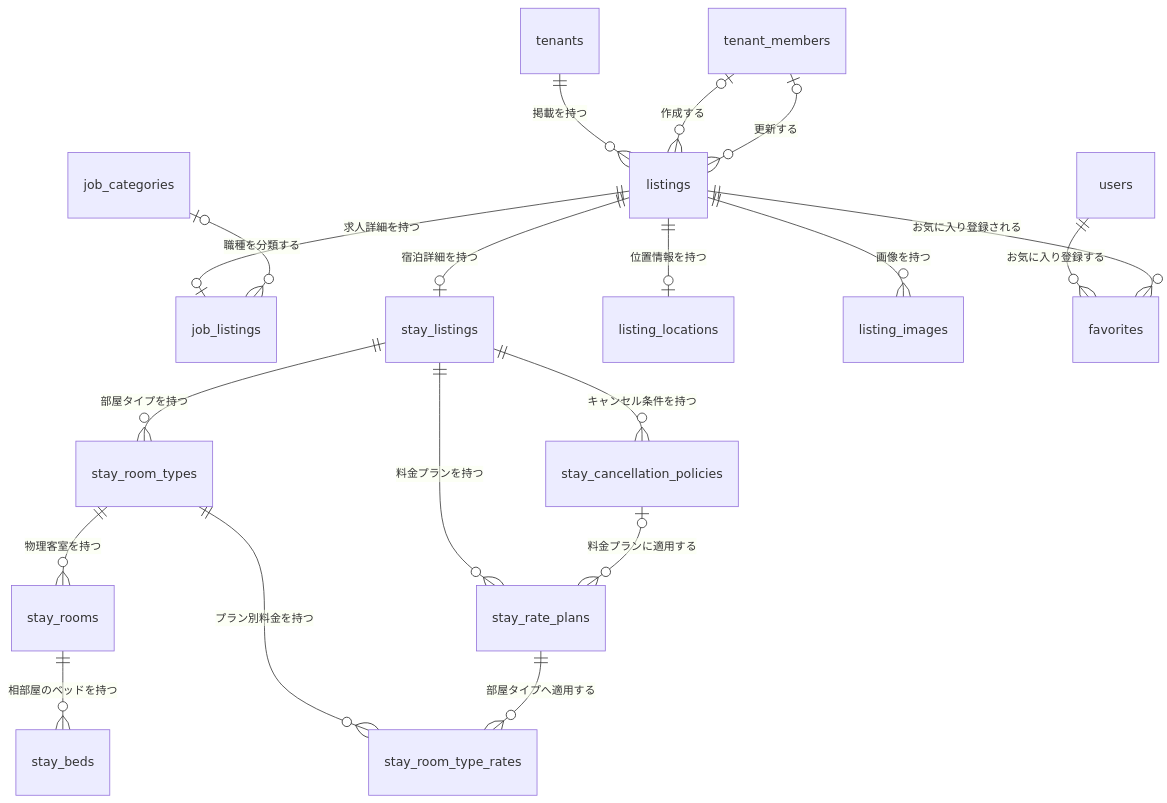
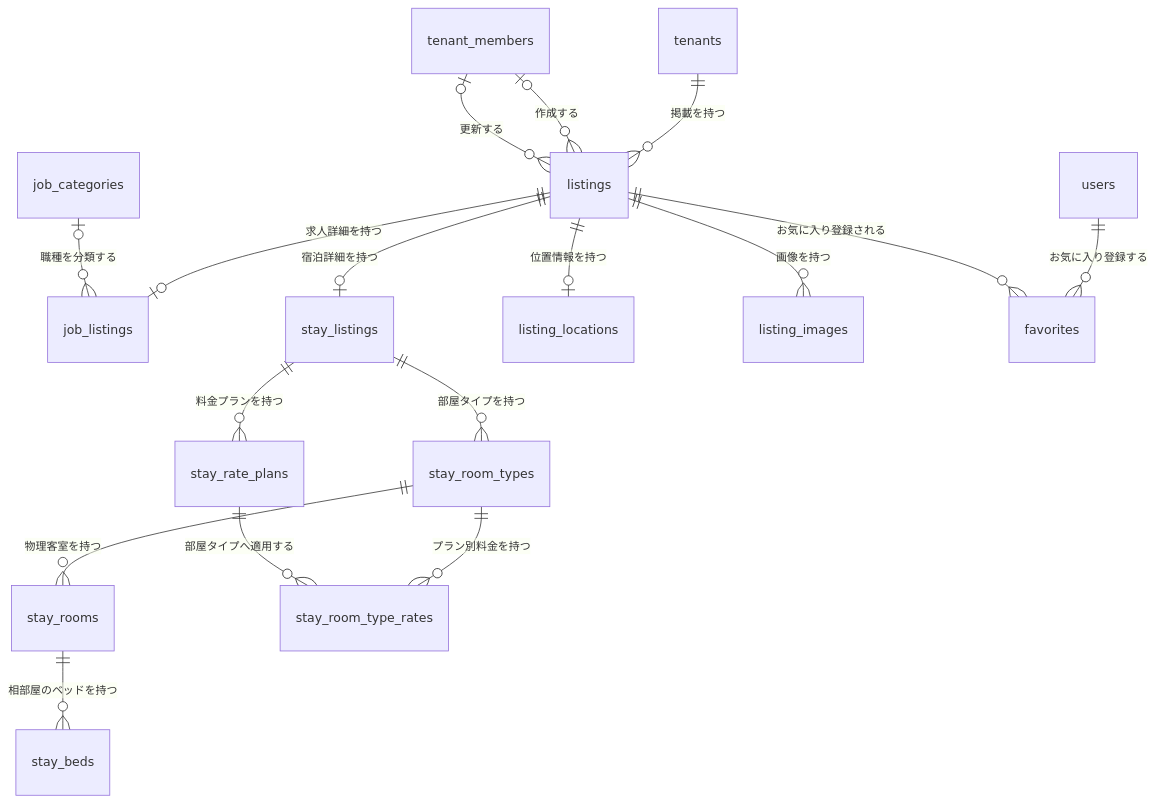
One commit to t0kio2/community-hub changed the first of 5 diagrams in docs/er/01-listing.md. Above: the diagram before and after it, drawn with Mermaid. The commit also changed 8 other files, not shown here.

````diff
--- a/docs/er/01-listing.md
+++ b/docs/er/01-listing.md
@@ -13,21 +13,19 @@
 ```mermaid
 erDiagram
     tenants ||--o{ listings : "掲載を持つ"
     tenant_members o|--o{ listings : "作成する"
     tenant_members o|--o{ listings : "更新する"
     listings ||--o| job_listings : "求人詳細を持つ"
     job_categories o|--o{ job_listings : "職種を分類する"
     listings ||--o| stay_listings : "宿泊詳細を持つ"
     stay_listings ||--o{ stay_room_types : "部屋タイプを持つ"
     stay_room_types ||--o{ stay_rooms : "物理客室を持つ"
     stay_rooms ||--o{ stay_beds : "相部屋のベッドを持つ"
     stay_listings ||--o{ stay_rate_plans : "料金プランを持つ"
-    stay_listings ||--o{ stay_cancellation_policies : "キャンセル条件を持つ"
-    stay_cancellation_policies o|--o{ stay_rate_plans : "料金プランに適用する"
     stay_room_types ||--o{ stay_room_type_rates : "プラン別料金を持つ"
     stay_rate_plans ||--o{ stay_room_type_rates : "部屋タイプへ適用する"
     listings ||--o| listing_locations : "位置情報を持つ"
     listings ||--o{ listing_images : "画像を持つ"
     users ||--o{ favorites : "お気に入り登録する"
     listings ||--o{ favorites : "お気に入り登録される"
 ```
````
